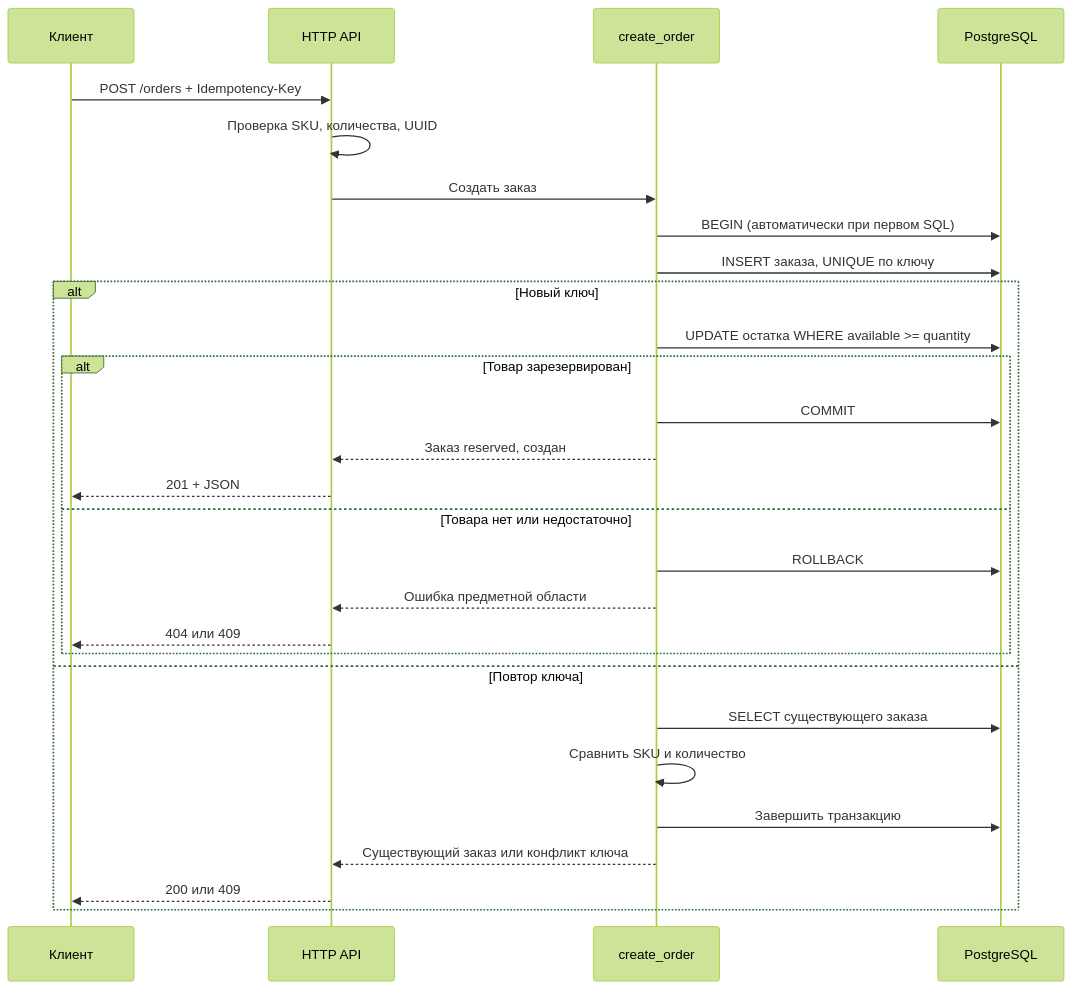
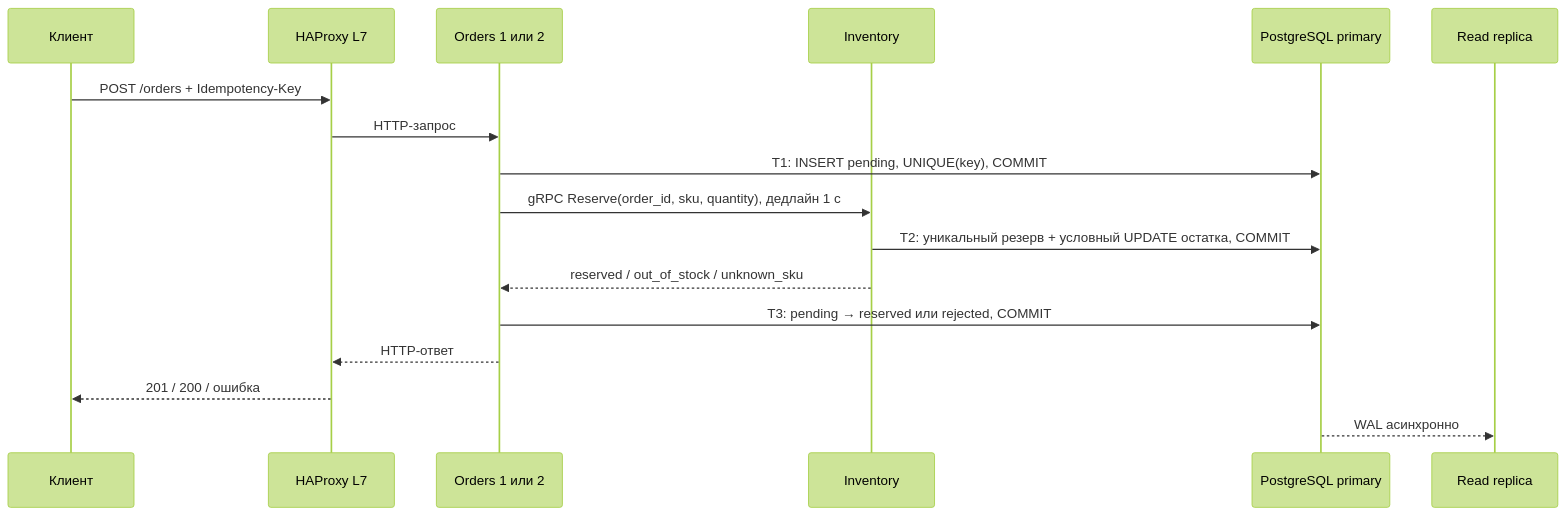
Before and after one commit to Lev294/delivery-lab: the diagram in docs/architecture.md, drawn with Mermaid (forest theme). The commit also changed other lines of this file and 36 other files, not shown here.

````diff
--- a/docs/architecture.md
+++ b/docs/architecture.md
@@ -24,30 +10,19 @@
 ```mermaid
 sequenceDiagram
-  participant C as Клиент
-  participant A as HTTP API
-  participant S as create_order
-  participant P as PostgreSQL
-  C->>A: POST /orders + Idempotency-Key
-  A->>A: Проверка SKU, количества, UUID
-  A->>S: Создать заказ
-  S->>P: BEGIN (автоматически при первом SQL)
-  S->>P: INSERT заказа, UNIQUE по ключу
-  alt Новый ключ
-    S->>P: UPDATE остатка WHERE available >= quantity
-    alt Товар зарезервирован
-      S->>P: COMMIT
-      S-->>A: Заказ reserved, создан
-      A-->>C: 201 + JSON
-    else Товара нет или недостаточно
-      S->>P: ROLLBACK
-      S-->>A: Ошибка предметной области
-      A-->>C: 404 или 409
-    end
-  else Повтор ключа
-    S->>P: SELECT существующего заказа
-    S->>S: Сравнить SKU и количество
-    S->>P: Завершить транзакцию
-    S-->>A: Существующий заказ или конфликт ключа
-    A-->>C: 200 или 409
-  end
+ participant C as Клиент
+ participant H as HAProxy L7
+ participant O as Orders 1 или 2
+ participant I as Inventory
+ participant P as PostgreSQL primary
+ participant R as Read replica
+ C->>H: POST /orders + Idempotency-Key
+ H->>O: HTTP-запрос
+ O->>P: T1: INSERT pending, UNIQUE(key), COMMIT
+ O->>I: gRPC Reserve(order_id, sku, quantity), дедлайн 1 с
+ I->>P: T2: уникальный резерв + условный UPDATE остатка, COMMIT
+ I-->>O: reserved / out_of_stock / unknown_sku
+ O->>P: T3: pending → reserved или rejected, COMMIT
+ O-->>H: HTTP-ответ
+ H-->>C: 201 / 200 / ошибка
+ P-->>R: WAL асинхронно
 ```
````
